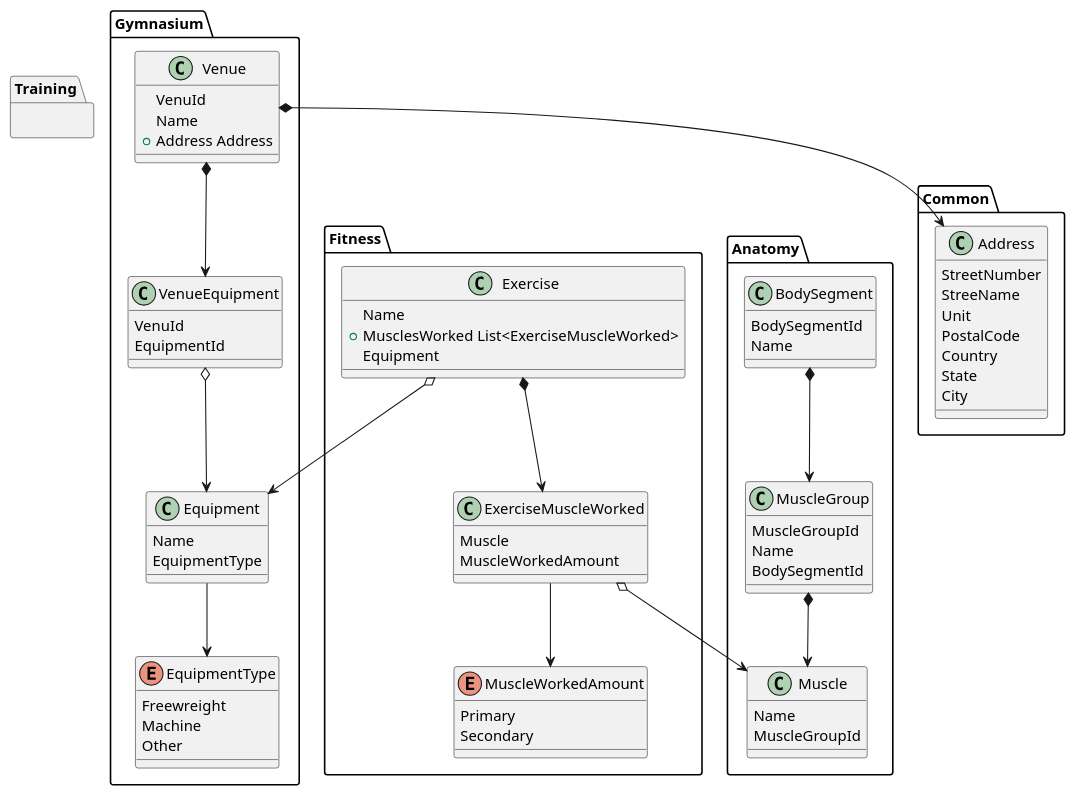
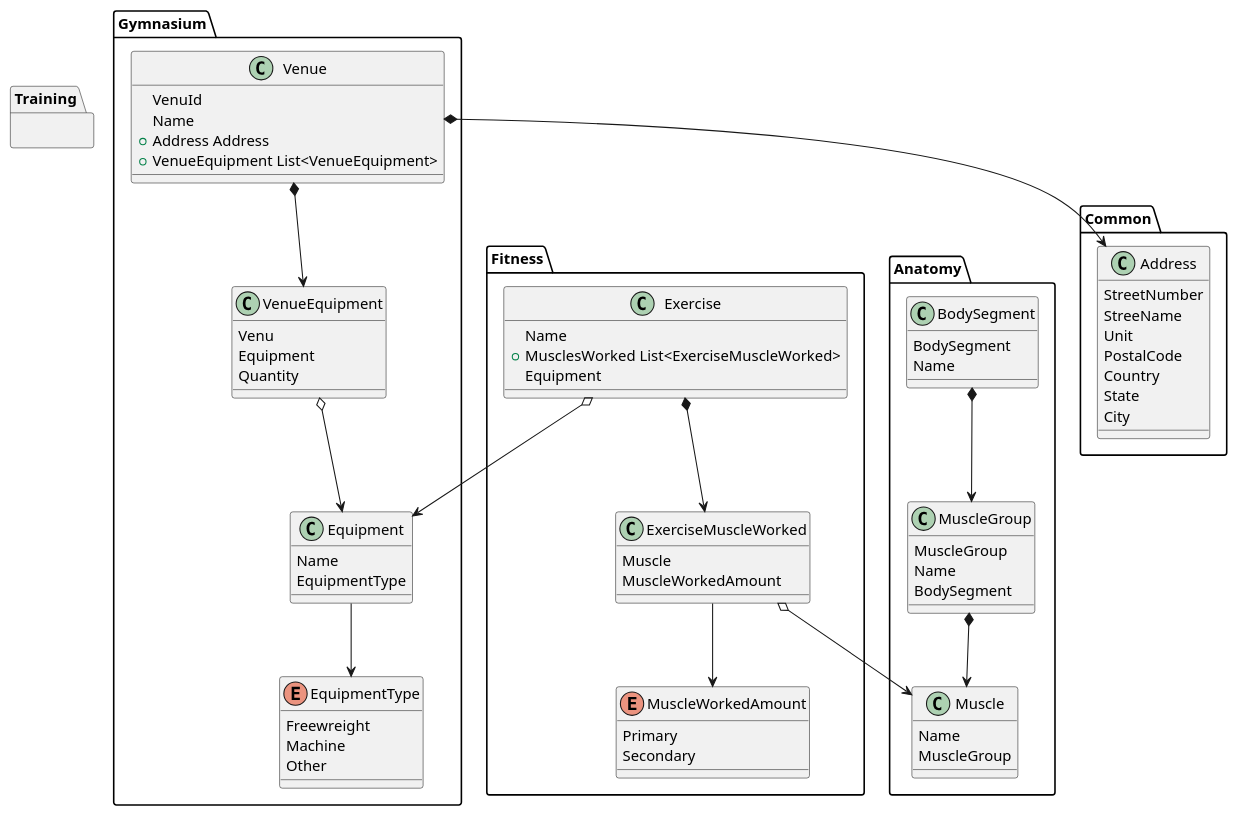
Before and after one commit to MatthewVRobertson/fortitutor-docs: the diagram in Core.plantuml, drawn with PlantUML.

Commit message:
Uml Class Model

```diff
--- a/Core.plantuml
+++ b/Core.plantuml
@@ -1,91 +1,93 @@
 @startuml
 
 package Anatomy {
     class MuscleGroup {
-        MuscleGroupId
+        MuscleGroup
         Name
-        BodySegmentId
+        BodySegment
     }
 
     class Muscle {
         Name
-        MuscleGroupId
+        MuscleGroup
     }
 
     class BodySegment {
-        BodySegmentId
+        BodySegment
         Name
     }
     
     BodySegment *--> MuscleGroup
     MuscleGroup *--> Muscle
 }
 
 package Fitness {
     class Exercise {
         Name
         + MusclesWorked List<ExerciseMuscleWorked>
         Equipment
     }
 
     class ExerciseMuscleWorked {
         Muscle
         MuscleWorkedAmount
     }
 
     enum MuscleWorkedAmount {
         Primary
         Secondary
     }
 
     Exercise *--> ExerciseMuscleWorked
     ExerciseMuscleWorked --> MuscleWorkedAmount
     ExerciseMuscleWorked o--> Anatomy.Muscle
 }
 
 Fitness.Exercise o--> Gymnasium.Equipment
 
 package Training {
 
 }
 package Gymnasium {
     class Venue {
         VenuId
         Name  
         + Address Address      
+        + VenueEquipment List<VenueEquipment>
     }
 
     class VenueEquipment {
-        VenuId
-        EquipmentId
+        Venu
+        Equipment
+        Quantity
     }
 
     class Equipment {
         Name
         EquipmentType
     }
 
     enum EquipmentType {
         Freewreight
         Machine
         Other
     }
     
     Venue *--> VenueEquipment
     VenueEquipment o--> Equipment
     Equipment --> EquipmentType
 }
 Venue *--> Common.Address
 
 package Common {
     class Address {
         StreetNumber
         StreeName
         Unit
         PostalCode
         Country
         State
         City
     }
 }
 @enduml
```
